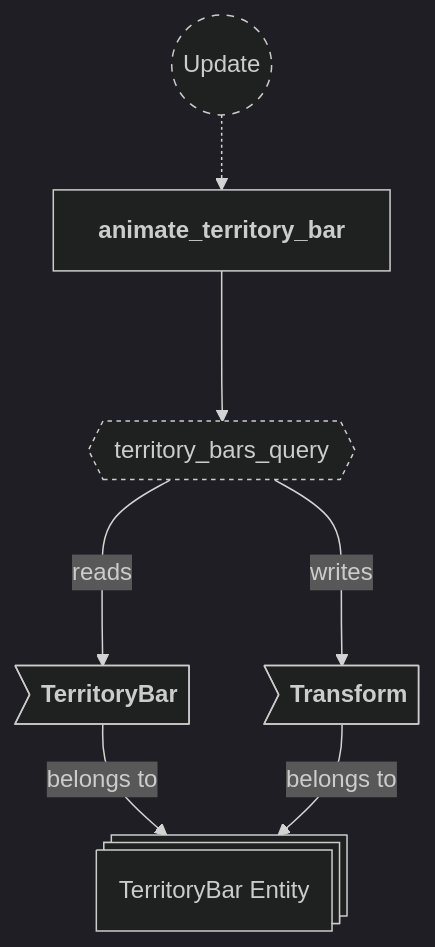
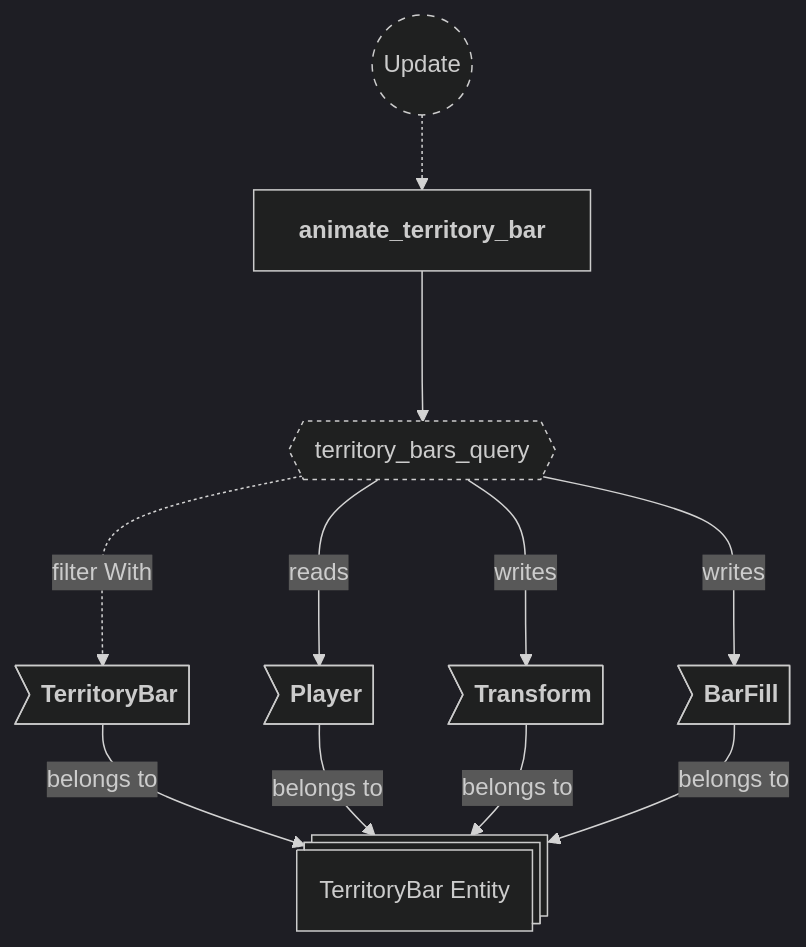
Before and after one commit to neurosoup/tyled: diagram 20 of 22 in backlog/docs/doc-14 - 012-HUD-plugin.md, drawn with Mermaid. The commit also changed other lines of this file and 2 other files, not shown here.

````diff
--- a/backlog/docs/doc-14 - 012-HUD-plugin.md
+++ b/backlog/docs/doc-14 - 012-HUD-plugin.md
@@ -729,26 +761,30 @@
 ```mermaid
 ---
 config:
   theme: dark
 ---
 
 flowchart TD
 classDef system-group stroke-dasharray: 5 5
 classDef query stroke-dasharray: 3 3
 
 update(("`Update`")):::system-group
 animate_territory_bar["`**animate_territory_bar**`"]
 
 update -.-> animate_territory_bar
 
 territory_bars_query{{"`territory_bars_query`"}}:::query
 animate_territory_bar ---> territory_bars_query
 
 territory_bar_entity@{ shape: st-rect, label: "TerritoryBar Entity" }
 
 tb_bar>"`**TerritoryBar**`"] --> |belongs to| territory_bar_entity
+tb_player>"`**Player**`"] --> |belongs to| territory_bar_entity
 tb_transform>"`**Transform**`"] --> |belongs to| territory_bar_entity
+tb_fill>"`**BarFill**`"] --> |belongs to| territory_bar_entity
 
-territory_bars_query ---> |reads| tb_bar
+territory_bars_query ---> |reads| tb_player
 territory_bars_query ---> |writes| tb_transform
+territory_bars_query ---> |writes| tb_fill
+territory_bars_query -..-> |filter With| tb_bar
 ```
````
